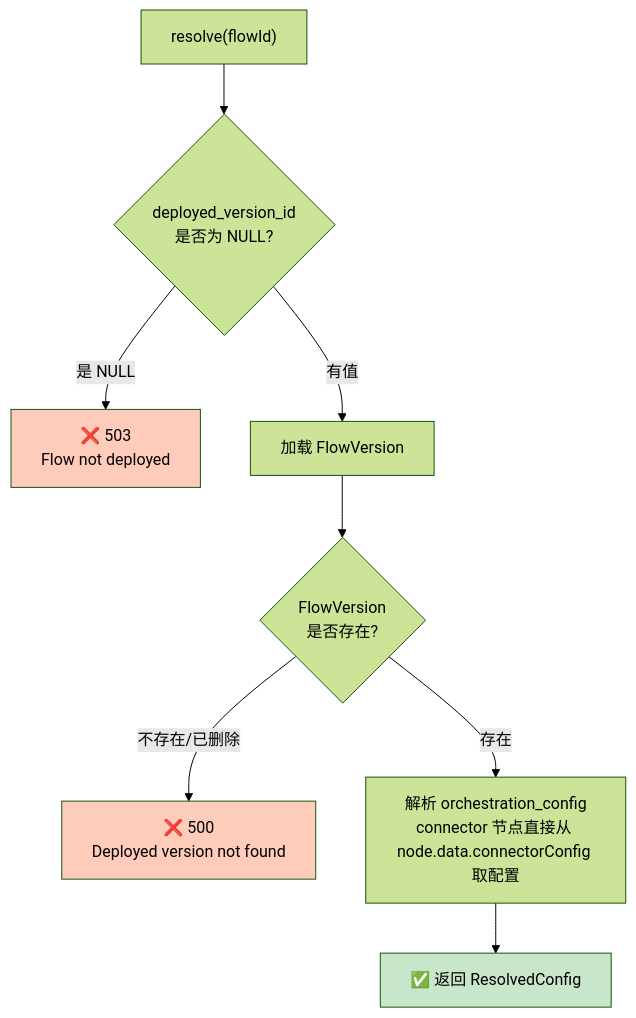
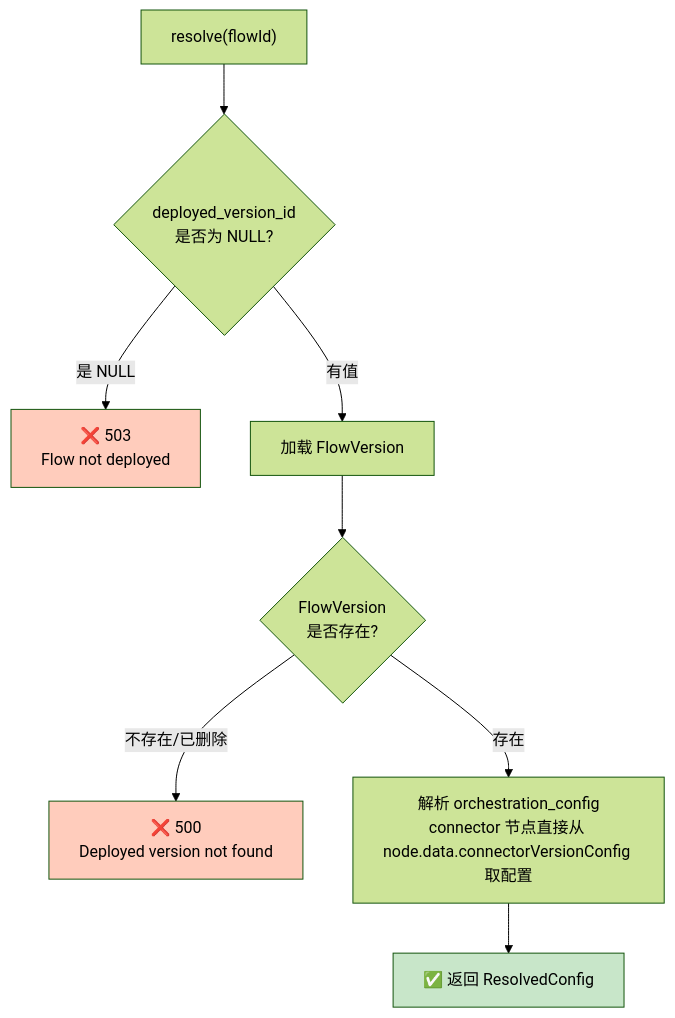
One commit to THZSummer/open-app changed the sixth of 16 diagrams in .sddu/specs-tree-root/specs-tree-connector-platform-v3/plan-runtime.md. Above: the diagram before and after it, drawn with Mermaid (forest theme). The commit also changed other lines of this file and 3 other files, not shown here.

First line of the commit message:
refactor: connectorConfig → connectorVersionConfig 语义更准确

````diff
--- a/.sddu/specs-tree-root/specs-tree-connector-platform-v3/plan-runtime.md
+++ b/.sddu/specs-tree-root/specs-tree-connector-platform-v3/plan-runtime.md
@@ -329,14 +329,14 @@
 ```mermaid
 flowchart TD
     START["resolve(flowId)"] --> DEPLOY{"deployed_version_id<br/>是否为 NULL?"}
     DEPLOY -->|"是 NULL"| E503["❌ 503<br/>Flow not deployed"]
     DEPLOY -->|"有值"| LOAD_FV["加载 FlowVersion"]
     LOAD_FV --> FV_EXIST{"FlowVersion<br/>是否存在?"}
     FV_EXIST -->|"不存在/已删除"| E500["❌ 500<br/>Deployed version not found"]
-    FV_EXIST -->|"存在"| PARSE["解析 orchestration_config<br/>connector 节点直接从 node.data.connectorConfig 取配置"]
+    FV_EXIST -->|"存在"| PARSE["解析 orchestration_config<br/>connector 节点直接从 node.data.connectorVersionConfig 取配置"]
     PARSE --> RETURN["✅ 返回 ResolvedConfig"]
 
     style E503 fill:#ffccbc
     style E500 fill:#ffccbc
     style RETURN fill:#c8e6c9
 ```
````
